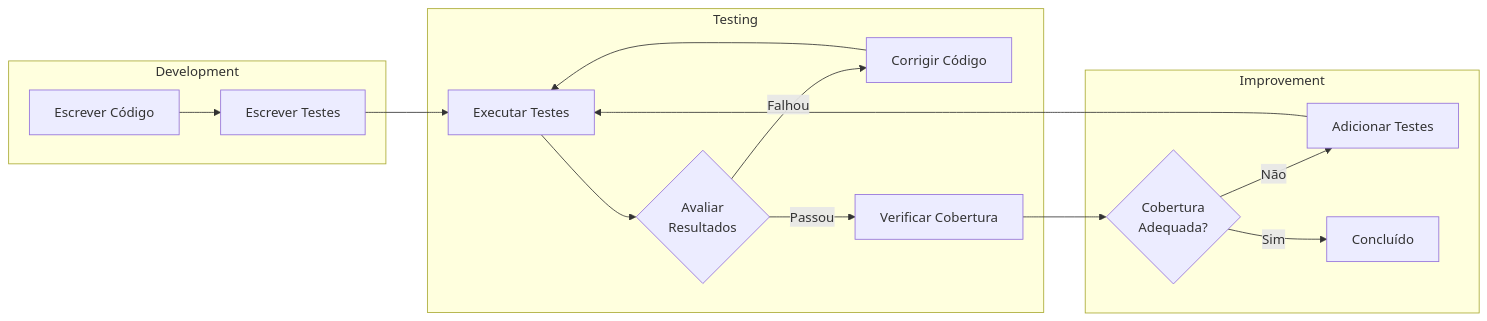
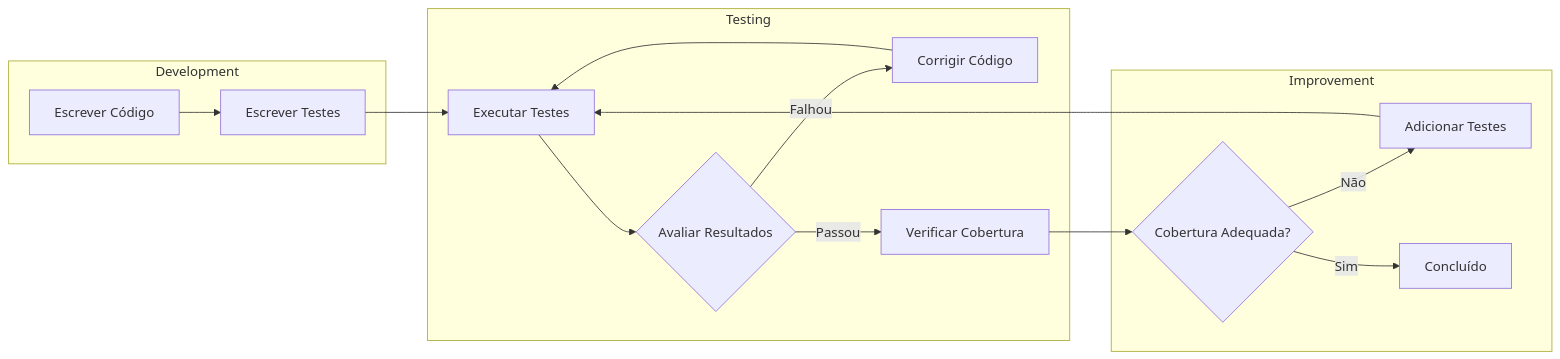
One commit to andrebarsotti/csv-to-ofx-converter changed the first of 2 diagrams in docs/pt-BR/testes-de-unidade.md. Above: the diagram before and after it, drawn with Mermaid. The commit also changed 13 other files, not shown here.

Commit message:
fix: Remove unsupported br tags from Mermaid diagrams for GitHub rendering

````diff
--- a/docs/pt-BR/testes-de-unidade.md
+++ b/docs/pt-BR/testes-de-unidade.md
@@ -45,21 +45,21 @@
 ```mermaid
 flowchart LR
     subgraph Development
         Write[Escrever Código] --> WriteTests[Escrever Testes]
     end
 
     subgraph Testing
         WriteTests --> Run[Executar Testes]
-        Run --> Evaluate{Avaliar<br/>Resultados}
+        Run --> Evaluate{Avaliar Resultados}
         Evaluate -->|Falhou| Fix[Corrigir Código]
         Fix --> Run
         Evaluate -->|Passou| Coverage[Verificar Cobertura]
     end
 
     subgraph Improvement
-        Coverage --> Review{Cobertura<br/>Adequada?}
+        Coverage --> Review{Cobertura Adequada?}
         Review -->|Não| AddTests[Adicionar Testes]
         AddTests --> Run
         Review -->|Sim| Complete[Concluído]
     end
 ```
````
